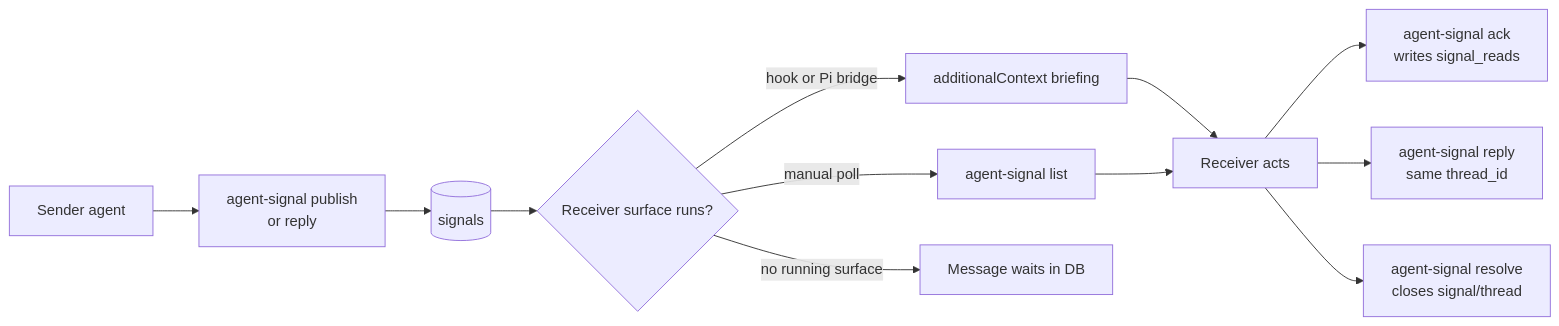
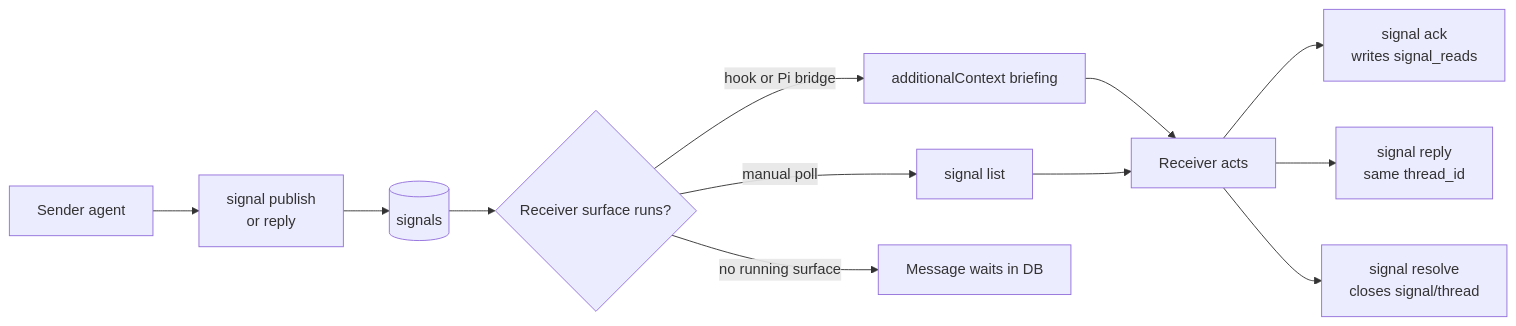
Before and after one commit to bgauryy/octocode: the fourth of 7 diagrams in packages/octocode-awareness/docs/SKILLS.md, drawn with Mermaid. The commit also changed other lines of this file and 194 other files, not shown here.

````diff
--- a/packages/octocode-awareness/docs/SKILLS.md
+++ b/packages/octocode-awareness/docs/SKILLS.md
@@ -216,14 +220,14 @@
 ```mermaid
 flowchart LR
-  Sender["Sender agent"] --> Publish["agent-signal publish<br/>or reply"]
+  Sender["Sender agent"] --> Publish["signal publish<br/>or reply"]
   Publish --> Signals[("signals")]
   Signals --> Inbox{"Receiver surface runs?"}
   Inbox -->|hook or Pi bridge| Briefing["additionalContext briefing"]
-  Inbox -->|manual poll| List["agent-signal list"]
+  Inbox -->|manual poll| List["signal list"]
   Inbox -->|no running surface| Durable["Message waits in DB"]
   Briefing --> Act["Receiver acts"]
   List --> Act
-  Act --> Ack["agent-signal ack<br/>writes signal_reads"]
-  Act --> Reply["agent-signal reply<br/>same thread_id"]
-  Act --> Resolve["agent-signal resolve<br/>closes signal/thread"]
+  Act --> Ack["signal ack<br/>writes signal_reads"]
+  Act --> Reply["signal reply<br/>same thread_id"]
+  Act --> Resolve["signal resolve<br/>closes signal/thread"]
 ```
````
